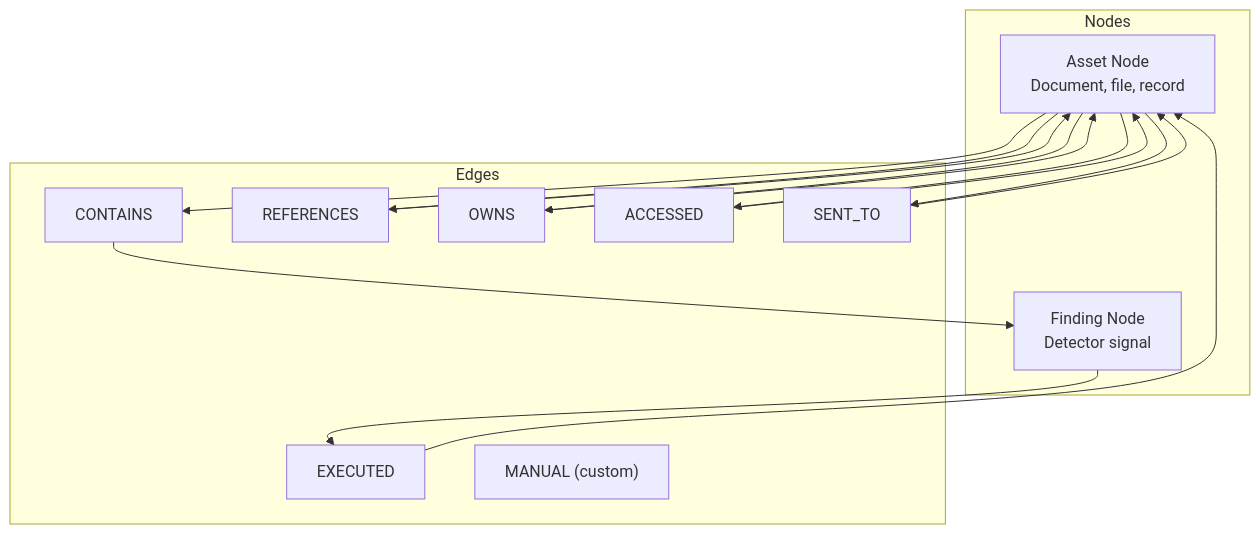
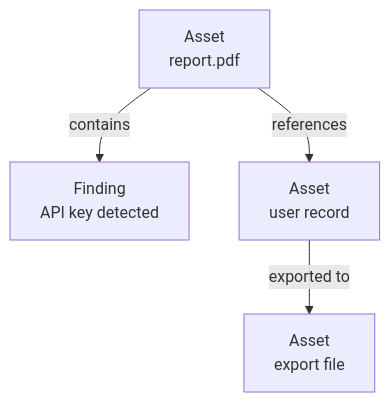
Before and after one commit to classifyre/classifyre: the first of 2 diagrams in apps/docs/app/flow/investigations/cases/graph/page.mdx, drawn with Mermaid. The commit also changed other lines of this file and 4 other files, not shown here.

````diff
--- a/apps/docs/app/flow/investigations/cases/graph/page.mdx
+++ b/apps/docs/app/flow/investigations/cases/graph/page.mdx
@@ -14,24 +13,11 @@
 ```mermaid
 graph TD
-    subgraph Nodes
-        Asset["Asset Node<br/>Document, file, record"]
-        Finding["Finding Node<br/>Detector signal"]
-    end
+    Asset1["Asset<br/>report.pdf"]
+    Finding["Finding<br/>API key detected"]
+    Asset2["Asset<br/>user record"]
+    Asset3["Asset<br/>export file"]
 
-    subgraph Edges
-        Contains["CONTAINS"]
-        References["REFERENCES"]
-        OWNS["OWNS"]
-        ACCESSED["ACCESSED"]
-        SENT_TO["SENT_TO"]
-        EXECUTED["EXECUTED"]
-        Manual["MANUAL (custom)"]
-    end
-
-    Asset --> Contains --> Finding
-    Asset --> References --> Asset
-    Asset --> OWNS --> Asset
-    Asset --> ACCESSED --> Asset
-    Asset --> SENT_TO --> Asset
-    Finding --> EXECUTED --> Asset
+    Asset1 -- "contains" --> Finding
+    Asset1 -- "references" --> Asset2
+    Asset2 -- "exported to" --> Asset3
 ```
````
